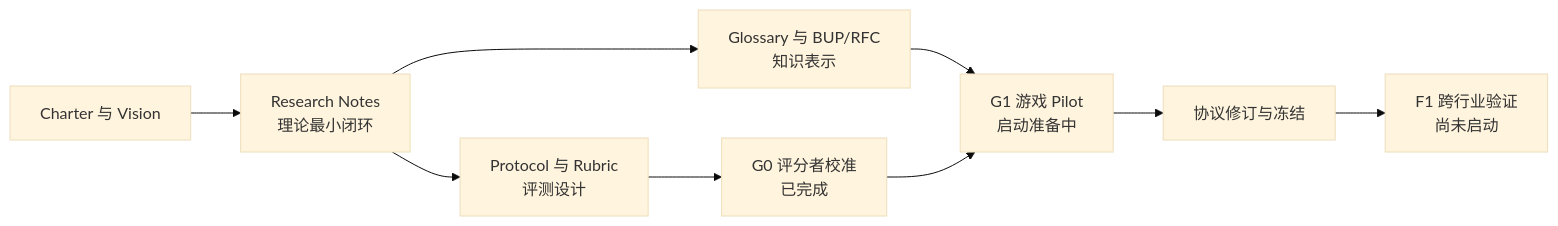
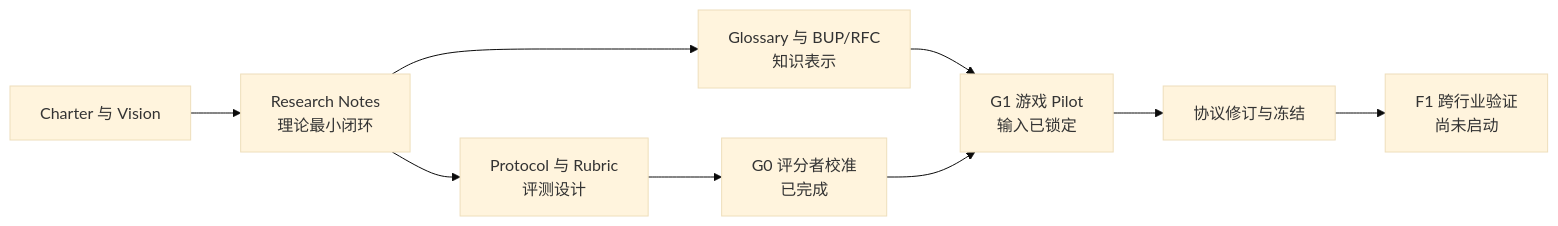
One commit to zeslyn/analytical_business_understanding changed the diagram in README.md. Above: the diagram before and after it, drawn with Mermaid (base theme). The commit also changed other lines of this file and 7 other files, not shown here.

````diff
--- a/README.md
+++ b/README.md
@@ -38,11 +38,11 @@
 ```mermaid
 flowchart LR
     A["Charter 与 Vision"] --> B["Research Notes<br/>理论最小闭环"]
     B --> C["Glossary 与 BUP/RFC<br/>知识表示"]
     B --> D["Protocol 与 Rubric<br/>评测设计"]
     D --> E["G0 评分者校准<br/>已完成"]
-    C --> F["G1 游戏 Pilot<br/>启动准备中"]
+    C --> F["G1 游戏 Pilot<br/>输入已锁定"]
     E --> F
     F --> G["协议修订与冻结"]
     G --> H["F1 跨行业验证<br/>尚未启动"]
 ```
````
